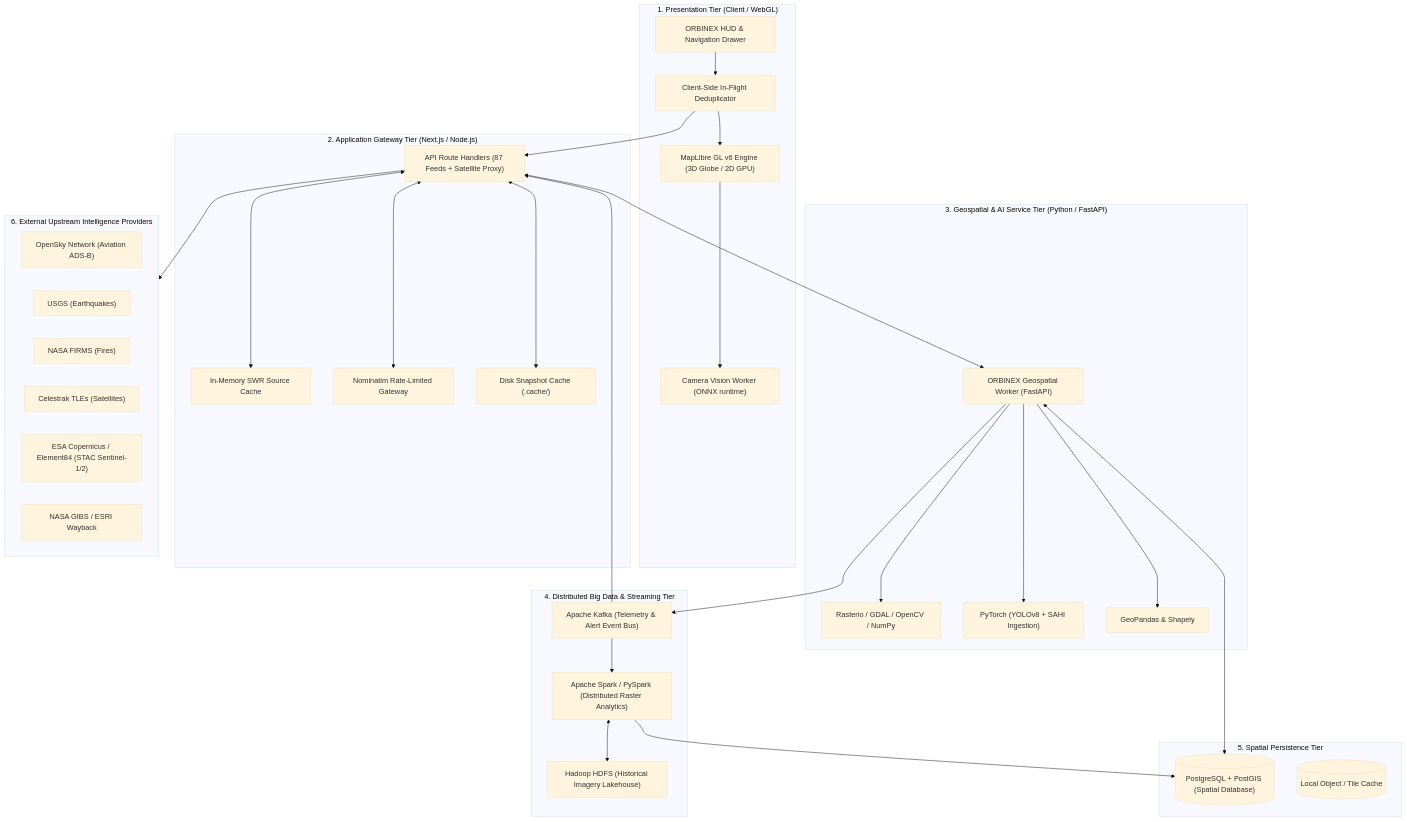
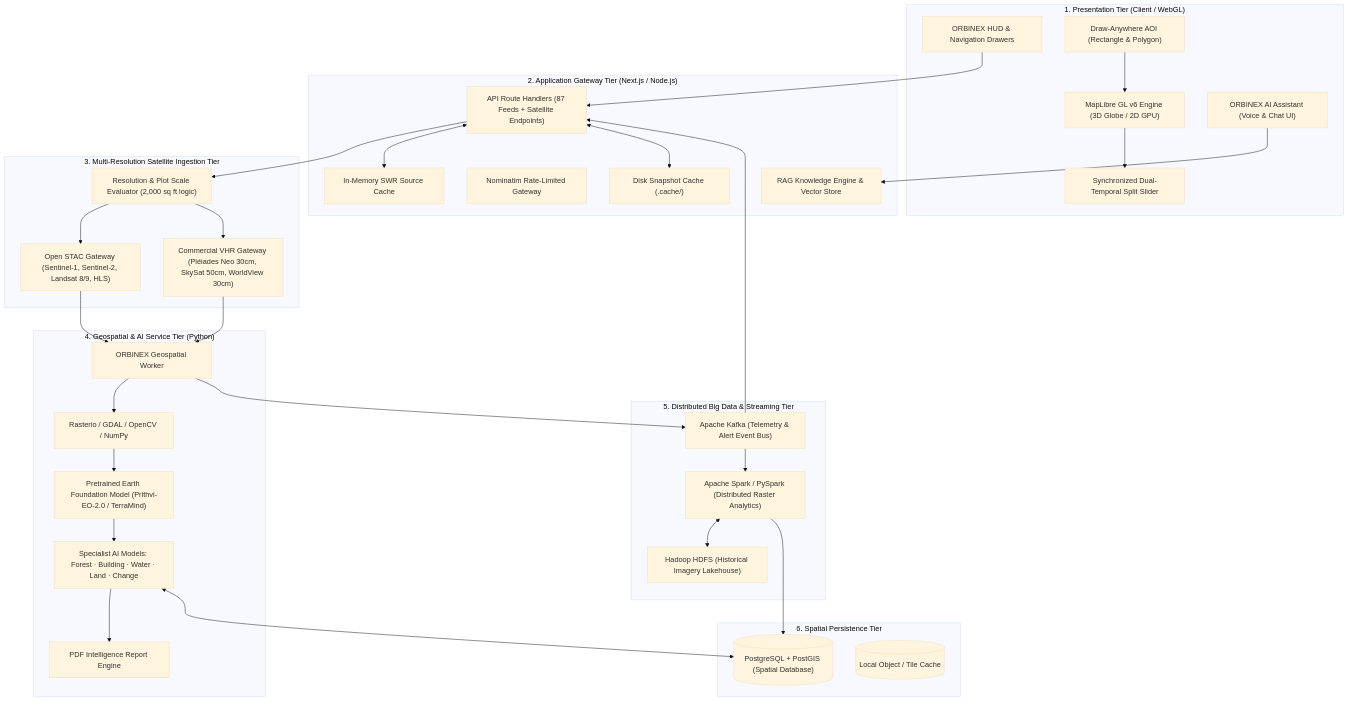
Before and after one commit to shrishailad24/ORBINEX: the first of 3 diagrams in ORBINEX_TECHNICAL_ARCHITECTURE.md, drawn with Mermaid (base theme). The commit also changed other lines of this file and 4 other files, not shown here.

Commit message:
docs: update canonical roadmap, technical architecture, risk register, and VHR multi-resolution satellite specs

````diff
--- a/ORBINEX_TECHNICAL_ARCHITECTURE.md
+++ b/ORBINEX_TECHNICAL_ARCHITECTURE.md
@@ -17,69 +18,72 @@
 ```mermaid
 flowchart TD
     subgraph ClientTier ["1. Presentation Tier (Client / WebGL)"]
-        UI["ORBINEX HUD & Navigation Drawer"]
+        UI["ORBINEX HUD & Navigation Drawers"]
         MapEngine["MapLibre GL v6 Engine (3D Globe / 2D GPU)"]
-        VisionWorker["Camera Vision Worker (ONNX runtime)"]
-        Deduplicator["Client-Side In-Flight Deduplicator"]
+        AOIToolbar["Draw-Anywhere AOI (Rectangle & Polygon)"]
+        SplitSlider["Synchronized Dual-Temporal Split Slider"]
+        AssistantUI["ORBINEX AI Assistant (Voice & Chat UI)"]
     end
 
     subgraph GatewayTier ["2. Application Gateway Tier (Next.js / Node.js)"]
-        APIRouter["API Route Handlers (87 Feeds + Satellite Proxy)"]
+        APIRouter["API Route Handlers (87 Feeds + Satellite Endpoints)"]
         SWRStore["In-Memory SWR Source Cache"]
         NominatimGateway["Nominatim Rate-Limited Gateway"]
         LocalDiskCache["Disk Snapshot Cache (.cache/)"]
+        RAGService["RAG Knowledge Engine & Vector Store"]
     end
 
-    subgraph ServiceTier ["3. Geospatial & AI Service Tier (Python / FastAPI)"]
-        FastAPIService["ORBINEX Geospatial Worker (FastAPI)"]
-        RasterEngine["Rasterio / GDAL / OpenCV / NumPy"]
-        AIEngine["PyTorch (YOLOv8 + SAHI Ingestion)"]
-        VectorEngine["GeoPandas & Shapely"]
+    subgraph SatelliteIngestTier ["3. Multi-Resolution Satellite Ingestion Tier"]
+        OpenSTAC["Open STAC Gateway (Sentinel-1, Sentinel-2, Landsat 8/9, HLS)"]
+        CommercialVHR["Commercial VHR Gateway (Pléiades Neo 30cm, SkySat 50cm, WorldView 30cm)"]
+        ResolutionEvaluator["Resolution & Plot Scale Evaluator (2,000 sq ft logic)"]
     end
 
-    subgraph BigDataTier ["4. Distributed Big Data & Streaming Tier"]
+    subgraph ServiceTier ["4. Geospatial & AI Service Tier (Python)"]
+        FastAPIService["ORBINEX Geospatial Worker"]
+        RasterEngine["Rasterio / GDAL / OpenCV / NumPy"]
+        FoundationModel["Pretrained Earth Foundation Model (Prithvi-EO-2.0 / TerraMind)"]
+        SpecialistModels["Specialist AI Models: Forest · Building · Water · Land · Change"]
+        PDFGenerator["PDF Intelligence Report Engine"]
+    end
+
+    subgraph BigDataTier ["5. Distributed Big Data & Streaming Tier"]
         Kafka["Apache Kafka (Telemetry & Alert Event Bus)"]
         SparkCluster["Apache Spark / PySpark (Distributed Raster Analytics)"]
         HDFSStore["Hadoop HDFS (Historical Imagery Lakehouse)"]
     end
 
-    subgraph StorageTier ["5. Spatial Persistence Tier"]
+    subgraph StorageTier ["6. Spatial Persistence Tier"]
         PostGIS[("PostgreSQL + PostGIS (Spatial Database)")]
         DiskCache[("Local Object / Tile Cache")]
     end
 
-    subgraph ExternalFeeds ["6. External Upstream Intelligence Providers"]
-        OpenSky["OpenSky Network (Aviation ADS-B)"]
-        USGS["USGS (Earthquakes)"]
-        FIRMS["NASA FIRMS (Fires)"]
-        Celestrak["Celestrak TLEs (Satellites)"]
-        Copernicus["ESA Copernicus / Element84 (STAC Sentinel-1/2)"]
-        GIBS["NASA GIBS / ESRI Wayback"]
-    end
+    %% Client connections
+    UI --> APIRouter
+    AOIToolbar --> MapEngine
+    MapEngine --> SplitSlider
+    AssistantUI --> RAGService
 
-    %% Client connections
-    UI --> Deduplicator
-    Deduplicator --> MapEngine
-    Deduplicator --> APIRouter
-    MapEngine --> VisionWorker
+    %% Gateway & Satellite Ingestion
+    APIRouter --> ResolutionEvaluator
+    ResolutionEvaluator --> OpenSTAC
+    ResolutionEvaluator --> CommercialVHR
+    OpenSTAC --> FastAPIService
+    CommercialVHR --> FastAPIService
+    APIRouter <--> SWRStore
+    APIRouter <--> LocalDiskCache
 
-    %% Gateway connections
-    APIRouter <--> SWRStore
-    APIRouter <--> NominatimGateway
-    APIRouter <--> LocalDiskCache
-    APIRouter --> ExternalFeeds
+    %% Service Tier & AI
+    FastAPIService --> RasterEngine
+    RasterEngine --> FoundationModel
+    FoundationModel --> SpecialistModels
+    SpecialistModels --> PDFGenerator
+    SpecialistModels <--> PostGIS
 
-    %% Integration with Geospatial Service
-    APIRouter <--> FastAPIService
-    FastAPIService --> RasterEngine
-    FastAPIService --> AIEngine
-    FastAPIService --> VectorEngine
-    FastAPIService <--> PostGIS
-
-    %% Big Data Pipelines (Event-Driven & Batch)
+    %% Big Data Pipelines
     FastAPIService --> Kafka
     Kafka --> APIRouter
     Kafka --> SparkCluster
     SparkCluster <--> HDFSStore
     SparkCluster --> PostGIS
 ```
````
